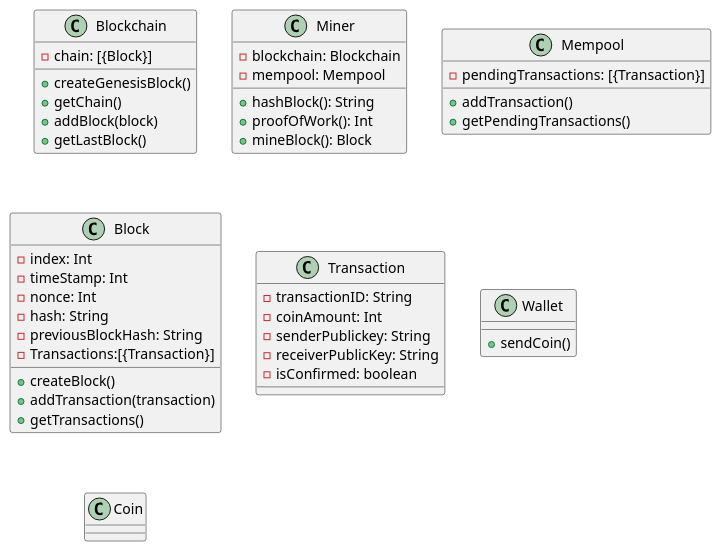
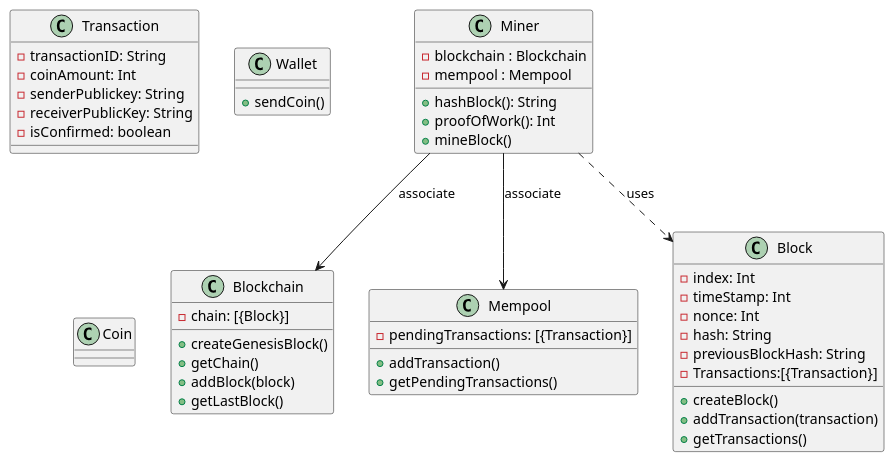
One commit to valleria-web/prototype changed the diagram in prototipov1.plantuml. Above: the diagram before and after it, drawn with PlantUML. The commit also changed 3 other files, not shown here.

```diff
--- a/prototipov1.plantuml
+++ b/prototipov1.plantuml
@@ -1,54 +1,58 @@
 @startuml prototipov1
 
 class Blockchain{
     - chain: [{Block}]
     + createGenesisBlock()
     + getChain()
     + addBlock(block)
     + getLastBlock()
 }
 
 class Miner {
-    - blockchain: Blockchain
-    - mempool: Mempool
+    - blockchain : Blockchain
+    - mempool : Mempool
     + hashBlock(): String
     + proofOfWork(): Int
-    + mineBlock(): Block
+    + mineBlock()
 }
 
 class Mempool{
     - pendingTransactions: [{Transaction}]
     + addTransaction()
     + getPendingTransactions()
 }
 
 class Block{
     - index: Int 
     - timeStamp: Int 
     - nonce: Int
     - hash: String 
     - previousBlockHash: String
     - Transactions:[{Transaction}]
     + createBlock()
     + addTransaction(transaction)
     + getTransactions()
 }
 
 class Transaction{
     - transactionID: String 
     - coinAmount: Int 
     - senderPublickey: String
     - receiverPublicKey: String
     - isConfirmed: boolean
 }
 
 
 class Wallet{
     + sendCoin()
 }
 
 class Coin{
 
 }
 
+Miner ..> Block : uses
+Miner --> Blockchain : associate
+Miner --> Mempool : associate
+
 @enduml
```
